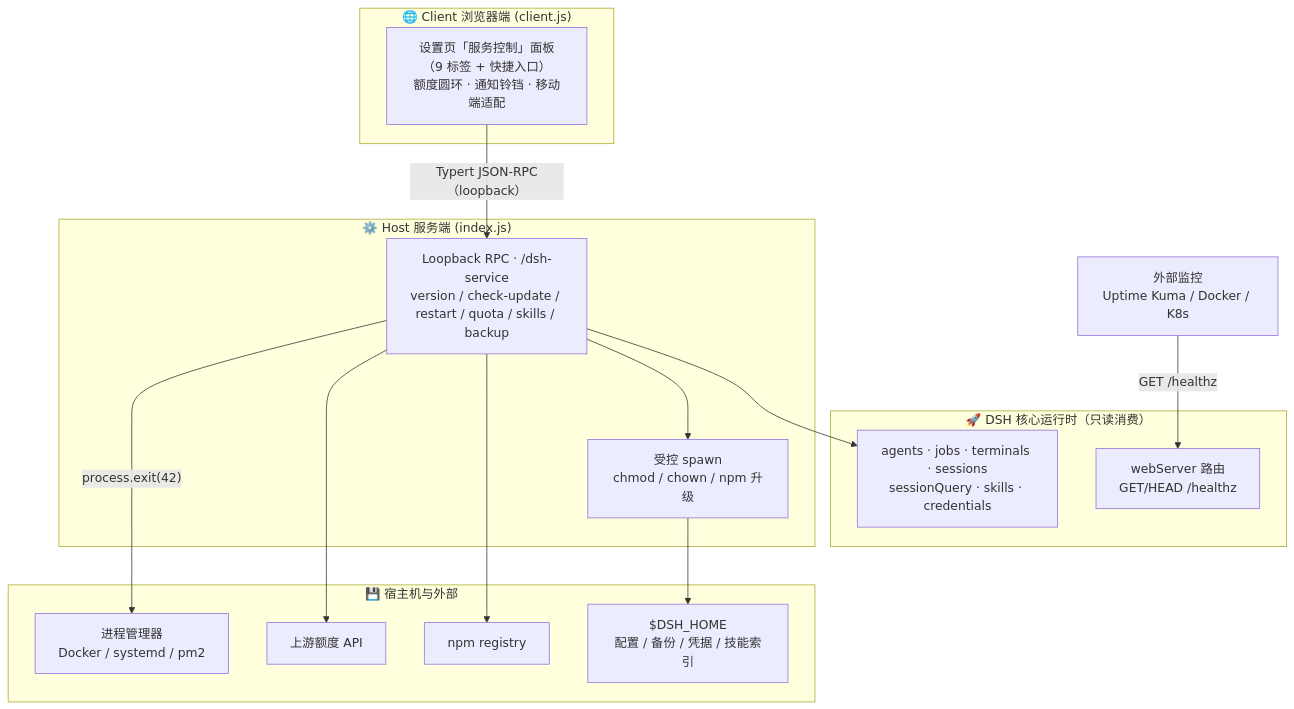
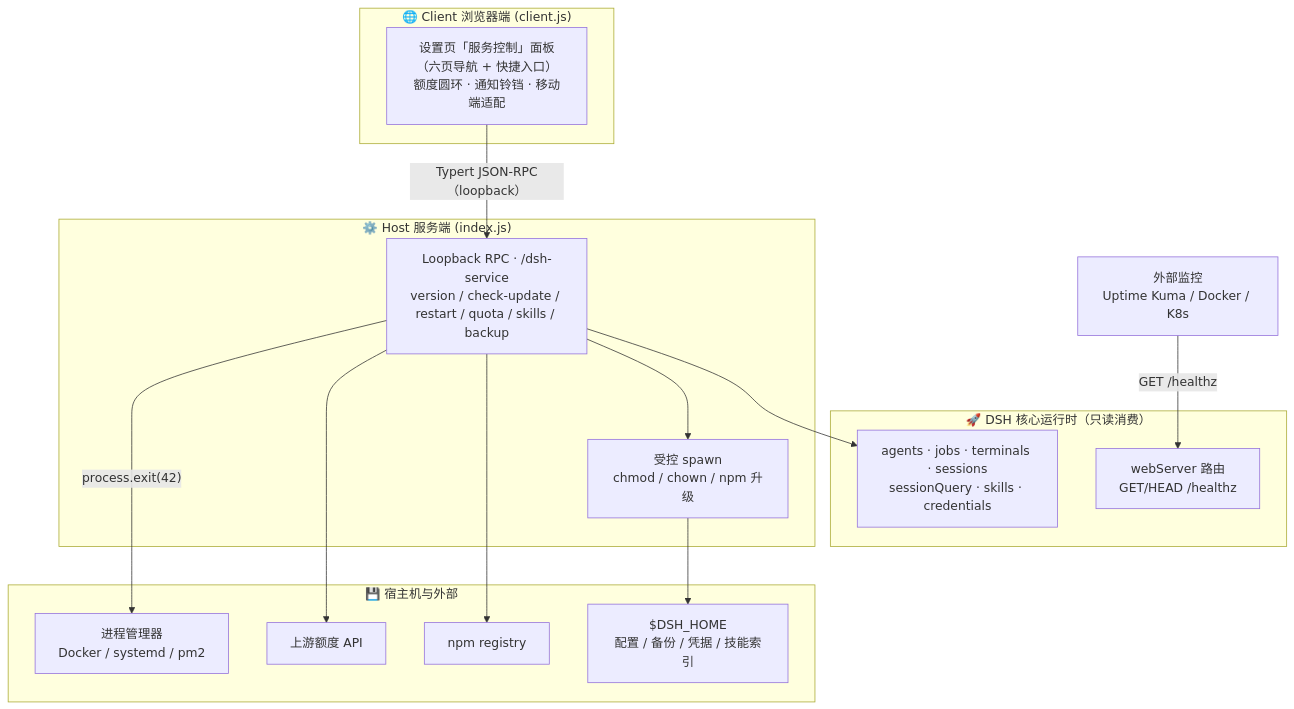
Before and after one commit to gehennawu/dsh-service: the diagram in README.md, drawn with Mermaid. The commit also changed other lines of this file and 3 other files, not shown here.

````diff
--- a/README.md
+++ b/README.md
@@ -184,32 +184,32 @@
 ```mermaid
 flowchart TB
     subgraph Client["🌐 Client 浏览器端 (client.js)"]
-        UI["设置页「服务控制」面板（9 标签 + 快捷入口）<br/>额度圆环 · 通知铃铛 · 移动端适配"]
+        UI["设置页「服务控制」面板（六页导航 + 快捷入口）<br/>额度圆环 · 通知铃铛 · 移动端适配"]
     end
 
     subgraph Host["⚙️ Host 服务端 (index.js)"]
         RPC["Loopback RPC · /dsh-service<br/>version / check-update / restart / quota / skills / backup"]
         SPAWN["受控 spawn<br/>chmod / chown / npm 升级"]
     end
 
     subgraph DSH["🚀 DSH 核心运行时（只读消费）"]
         CORE["agents · jobs · terminals · sessions<br/>sessionQuery · skills · credentials"]
         WEB["webServer 路由<br/>GET/HEAD /healthz"]
     end
 
     subgraph OS["💾 宿主机与外部"]
         PM["进程管理器<br/>Docker / systemd / pm2"]
         FS["$DSH_HOME<br/>配置 / 备份 / 凭据 / 技能索引"]
         REG["npm registry"]
         QUOTA["上游额度 API"]
     end
 
     UI -- "Typert JSON-RPC（loopback）" --> RPC
     RPC --> CORE
     RPC --> SPAWN
     RPC --> REG
     RPC --> QUOTA
     RPC -- "process.exit(42)" --> PM
     SPAWN --> FS
     MON["外部监控<br/>Uptime Kuma / Docker / K8s"] -- "GET /healthz" --> WEB
 ```
````
